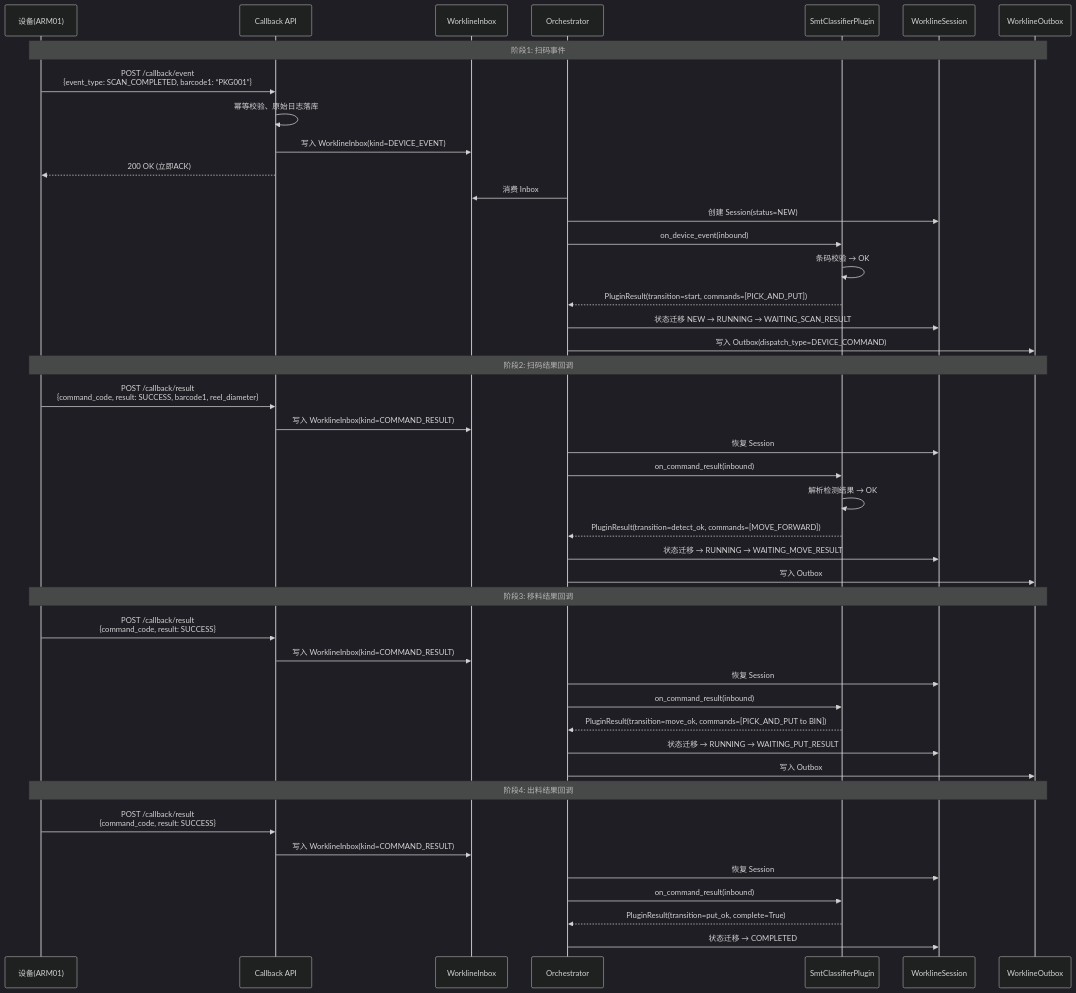
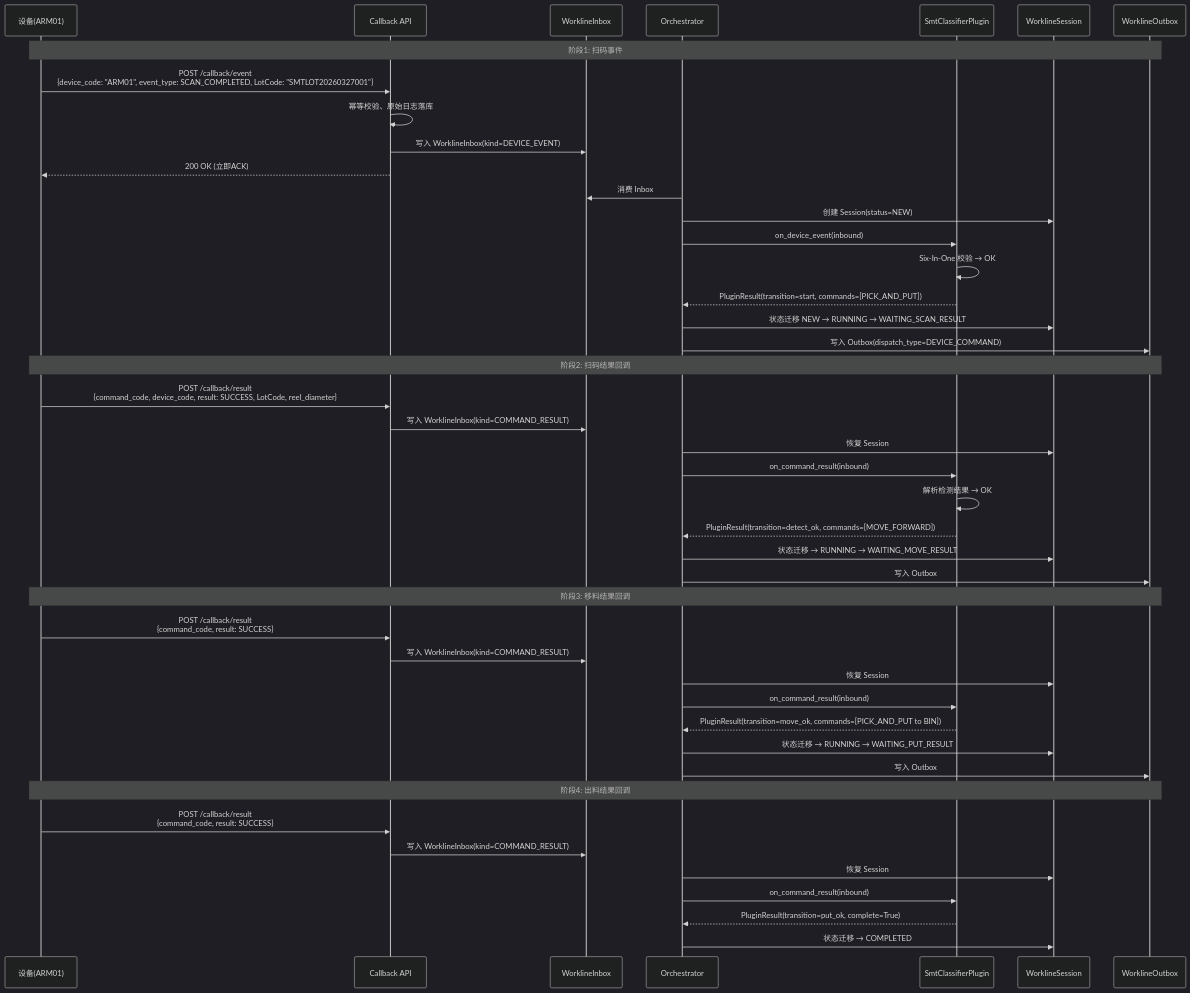
One commit to kaizhoumasha/wes_backend changed the third of 8 diagrams in docs/hardware/workline_topology_overview.md. Above: the diagram before and after it, drawn with Mermaid (dark theme). The commit also changed other lines of this file and 8 other files, not shown here.

Commit message:
docs(workline,hardware): 同步协议文档到 code 与 Six-In-One

````diff
--- a/docs/hardware/workline_topology_overview.md
+++ b/docs/hardware/workline_topology_overview.md
@@ -499,51 +499,51 @@
 ```mermaid
 sequenceDiagram
     participant Device as 设备(ARM01)
     participant API as Callback API
     participant Inbox as WorklineInbox
     participant Orch as Orchestrator
     participant Plugin as SmtClassifierPlugin
     participant Session as WorklineSession
     participant Outbox as WorklineOutbox
 
     Note over Device,Outbox: 阶段1: 扫码事件
-    Device->>API: POST /callback/event<br/>{event_type: SCAN_COMPLETED, barcode1: “PKG001”}
+    Device->>API: POST /callback/event<br/>{device_code: "ARM01", event_type: SCAN_COMPLETED, LotCode: "SMTLOT20260327001"}
     API->>API: 幂等校验、原始日志落库
     API->>Inbox: 写入 WorklineInbox(kind=DEVICE_EVENT)
     API-->>Device: 200 OK (立即ACK)
 
     Orch->>Inbox: 消费 Inbox
     Orch->>Session: 创建 Session(status=NEW)
     Orch->>Plugin: on_device_event(inbound)
-    Plugin->>Plugin: 条码校验 → OK
+    Plugin->>Plugin: Six-In-One 校验 → OK
     Plugin-->>Orch: PluginResult(transition=start, commands=[PICK_AND_PUT])
     Orch->>Session: 状态迁移 NEW → RUNNING → WAITING_SCAN_RESULT
     Orch->>Outbox: 写入 Outbox(dispatch_type=DEVICE_COMMAND)
 
     Note over Device,Outbox: 阶段2: 扫码结果回调
-    Device->>API: POST /callback/result<br/>{command_code, result: SUCCESS, barcode1, reel_diameter}
+    Device->>API: POST /callback/result<br/>{command_code, device_code, result: SUCCESS, LotCode, reel_diameter}
     API->>Inbox: 写入 WorklineInbox(kind=COMMAND_RESULT)
     Orch->>Session: 恢复 Session
     Orch->>Plugin: on_command_result(inbound)
     Plugin->>Plugin: 解析检测结果 → OK
     Plugin-->>Orch: PluginResult(transition=detect_ok, commands=[MOVE_FORWARD])
     Orch->>Session: 状态迁移 → RUNNING → WAITING_MOVE_RESULT
     Orch->>Outbox: 写入 Outbox
 
     Note over Device,Outbox: 阶段3: 移料结果回调
     Device->>API: POST /callback/result<br/>{command_code, result: SUCCESS}
     API->>Inbox: 写入 WorklineInbox(kind=COMMAND_RESULT)
     Orch->>Session: 恢复 Session
     Orch->>Plugin: on_command_result(inbound)
     Plugin-->>Orch: PluginResult(transition=move_ok, commands=[PICK_AND_PUT to BIN])
     Orch->>Session: 状态迁移 → RUNNING → WAITING_PUT_RESULT
     Orch->>Outbox: 写入 Outbox
 
     Note over Device,Outbox: 阶段4: 出料结果回调
     Device->>API: POST /callback/result<br/>{command_code, result: SUCCESS}
     API->>Inbox: 写入 WorklineInbox(kind=COMMAND_RESULT)
     Orch->>Session: 恢复 Session
     Orch->>Plugin: on_command_result(inbound)
     Plugin-->>Orch: PluginResult(transition=put_ok, complete=True)
     Orch->>Session: 状态迁移 → COMPLETED
 ```
````
